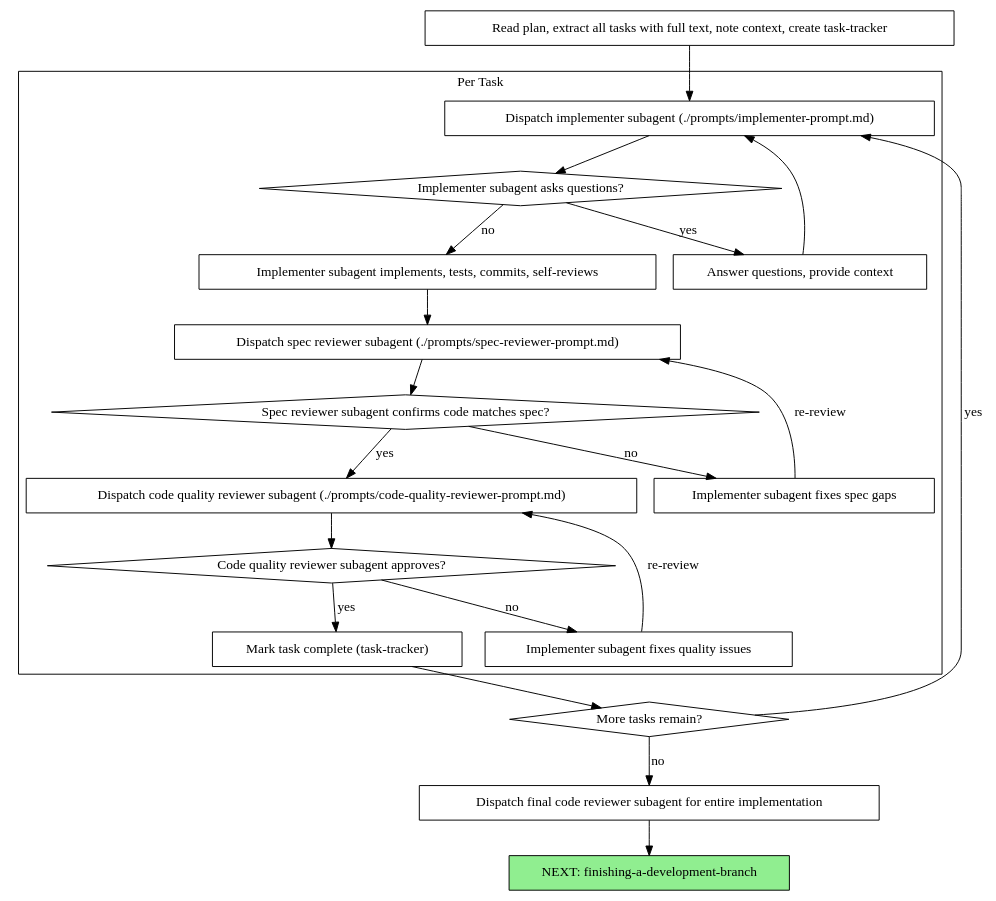
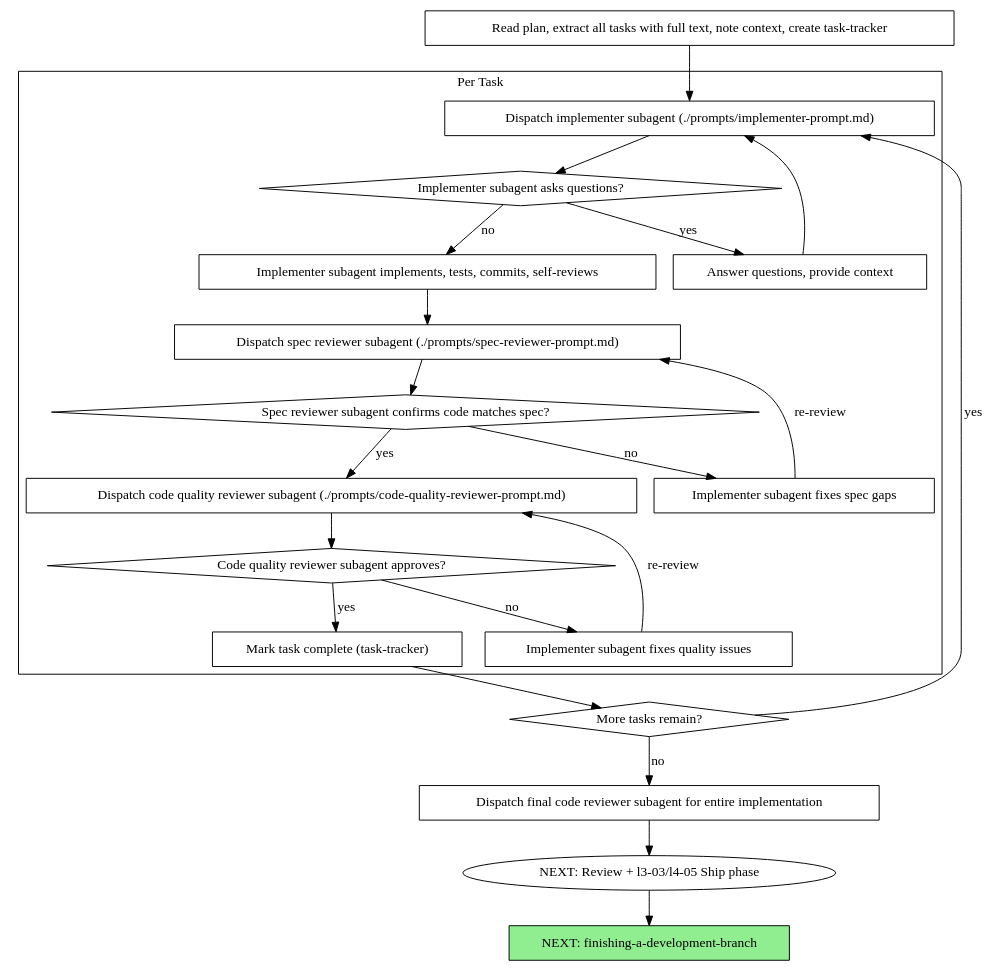
One commit to duongvanhaiwork-coder/workspace changed the second of 2 diagrams in skills/subagent-driven-development/SKILL.md. Above: the diagram before and after it, drawn with Graphviz. The commit also changed other lines of this file and 40 other files, not shown here.

````diff
--- a/skills/subagent-driven-development/SKILL.md
+++ b/skills/subagent-driven-development/SKILL.md
@@ -44,44 +49,45 @@
 ```dot
 digraph process {
     rankdir=TB;
 
     subgraph cluster_per_task {
         label="Per Task";
         "Dispatch implementer subagent (./prompts/implementer-prompt.md)" [shape=box];
         "Implementer subagent asks questions?" [shape=diamond];
         "Answer questions, provide context" [shape=box];
         "Implementer subagent implements, tests, commits, self-reviews" [shape=box];
         "Dispatch spec reviewer subagent (./prompts/spec-reviewer-prompt.md)" [shape=box];
         "Spec reviewer subagent confirms code matches spec?" [shape=diamond];
         "Implementer subagent fixes spec gaps" [shape=box];
         "Dispatch code quality reviewer subagent (./prompts/code-quality-reviewer-prompt.md)" [shape=box];
         "Code quality reviewer subagent approves?" [shape=diamond];
         "Implementer subagent fixes quality issues" [shape=box];
         "Mark task complete (task-tracker)" [shape=box];
     }
 
     "Read plan, extract all tasks with full text, note context, create task-tracker" [shape=box];
     "More tasks remain?" [shape=diamond];
     "Dispatch final code reviewer subagent for entire implementation" [shape=box];
     "NEXT: finishing-a-development-branch" [shape=box style=filled fillcolor=lightgreen];
 
     "Read plan, extract all tasks with full text, note context, create task-tracker" -> "Dispatch implementer subagent (./prompts/implementer-prompt.md)";
     "Dispatch implementer subagent (./prompts/implementer-prompt.md)" -> "Implementer subagent asks questions?";
     "Implementer subagent asks questions?" -> "Answer questions, provide context" [label="yes"];
     "Answer questions, provide context" -> "Dispatch implementer subagent (./prompts/implementer-prompt.md)";
     "Implementer subagent asks questions?" -> "Implementer subagent implements, tests, commits, self-reviews" [label="no"];
     "Implementer subagent implements, tests, commits, self-reviews" -> "Dispatch spec reviewer subagent (./prompts/spec-reviewer-prompt.md)";
     "Dispatch spec reviewer subagent (./prompts/spec-reviewer-prompt.md)" -> "Spec reviewer subagent confirms code matches spec?";
     "Spec reviewer subagent confirms code matches spec?" -> "Implementer subagent fixes spec gaps" [label="no"];
     "Implementer subagent fixes spec gaps" -> "Dispatch spec reviewer subagent (./prompts/spec-reviewer-prompt.md)" [label="re-review"];
     "Spec reviewer subagent confirms code matches spec?" -> "Dispatch code quality reviewer subagent (./prompts/code-quality-reviewer-prompt.md)" [label="yes"];
     "Dispatch code quality reviewer subagent (./prompts/code-quality-reviewer-prompt.md)" -> "Code quality reviewer subagent approves?";
     "Code quality reviewer subagent approves?" -> "Implementer subagent fixes quality issues" [label="no"];
     "Implementer subagent fixes quality issues" -> "Dispatch code quality reviewer subagent (./prompts/code-quality-reviewer-prompt.md)" [label="re-review"];
     "Code quality reviewer subagent approves?" -> "Mark task complete (task-tracker)" [label="yes"];
     "Mark task complete (task-tracker)" -> "More tasks remain?";
     "More tasks remain?" -> "Dispatch implementer subagent (./prompts/implementer-prompt.md)" [label="yes"];
     "More tasks remain?" -> "Dispatch final code reviewer subagent for entire implementation" [label="no"];
-    "Dispatch final code reviewer subagent for entire implementation" -> "NEXT: finishing-a-development-branch";
+    "Dispatch final code reviewer subagent for entire implementation" -> "NEXT: Review + l3-03/l4-05 Ship phase";
+    "NEXT: Review + l3-03/l4-05 Ship phase" -> "NEXT: finishing-a-development-branch";
 }
 ```
````
